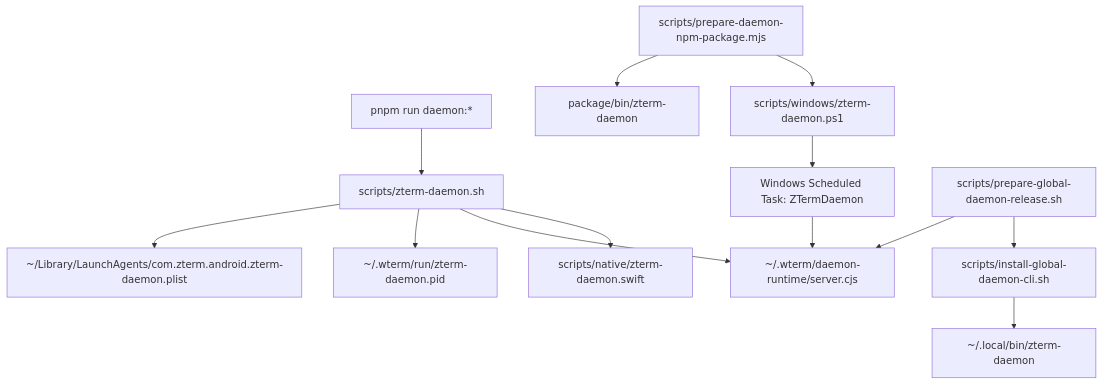
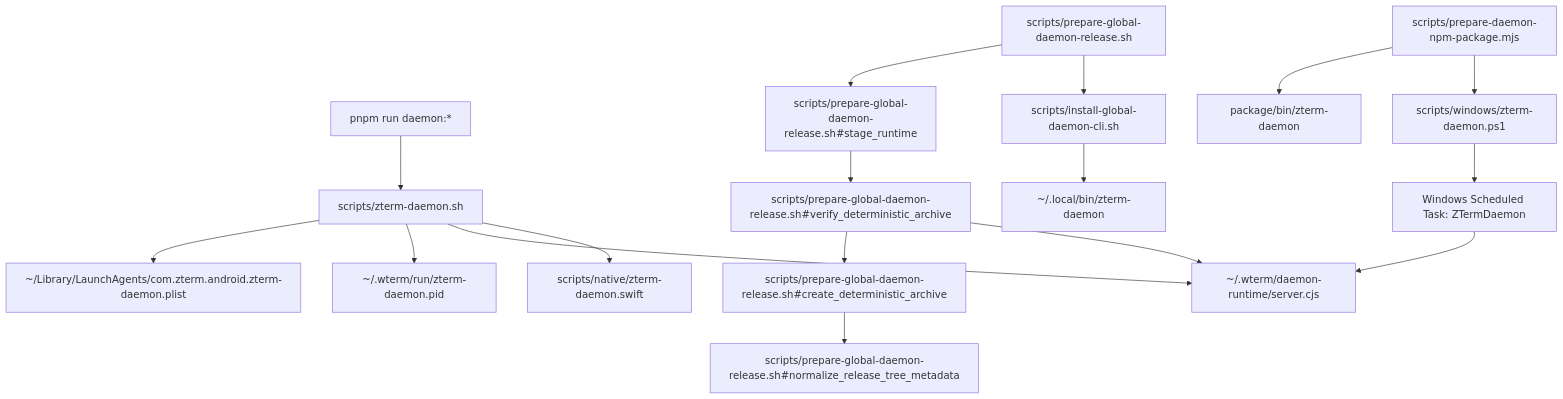
One commit to Jasonzhangf/zterm changed the fourth of 5 diagrams in android/docs/wiki/mainline-source.md. Above: the diagram before and after it, drawn with Mermaid. The commit also changed other lines of this file and 27 other files, not shown here.

````diff
--- a/android/docs/wiki/mainline-source.md
+++ b/android/docs/wiki/mainline-source.md
@@ -135,15 +139,19 @@
 ```mermaid
 flowchart TD
   DevCLI["pnpm run daemon:*"] --> Shell["scripts/zterm-daemon.sh"]
   Shell --> Launchd["~/Library/LaunchAgents/com.zterm.android.zterm-daemon.plist"]
   Shell --> Direct["~/.wterm/run/zterm-daemon.pid"]
   Shell --> Runtime["~/.wterm/daemon-runtime/server.cjs"]
   Shell --> Native["scripts/native/zterm-daemon.swift"]
   WinShell["scripts/windows/zterm-daemon.ps1"] --> WinTask["Windows Scheduled Task: ZTermDaemon"]
   WinTask --> Runtime
-  Release["scripts/prepare-global-daemon-release.sh"] --> Runtime
+  Release["scripts/prepare-global-daemon-release.sh"] --> DaemonReleaseOut01StageRuntime["scripts/prepare-global-daemon-release.sh#stage_runtime"]
+  DaemonReleaseOut01StageRuntime --> DaemonReleaseOut02VerifyDeterminism["scripts/prepare-global-daemon-release.sh#verify_deterministic_archive"]
+  DaemonReleaseOut02VerifyDeterminism --> DaemonReleaseOut03ArchiveArtifact["scripts/prepare-global-daemon-release.sh#create_deterministic_archive"]
+  DaemonReleaseOut03ArchiveArtifact --> DaemonReleaseOut04NormalizeMetadata["scripts/prepare-global-daemon-release.sh#normalize_release_tree_metadata"]
+  DaemonReleaseOut02VerifyDeterminism --> Runtime
   Release --> Install["scripts/install-global-daemon-cli.sh"]
   Install --> GlobalBin["~/.local/bin/zterm-daemon"]
   Npm["scripts/prepare-daemon-npm-package.mjs"] --> PackageBin["package/bin/zterm-daemon"]
   Npm --> WinShell
 ```
````
